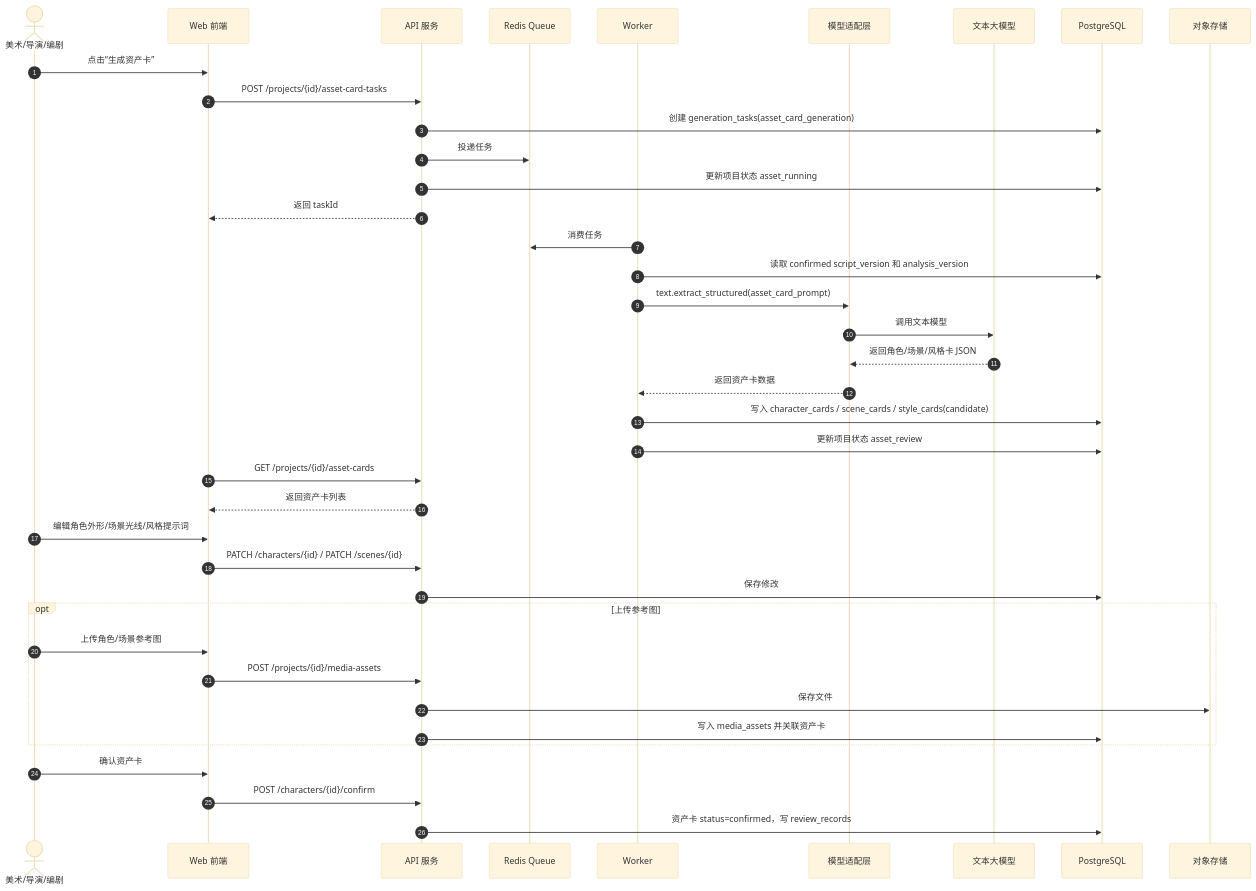
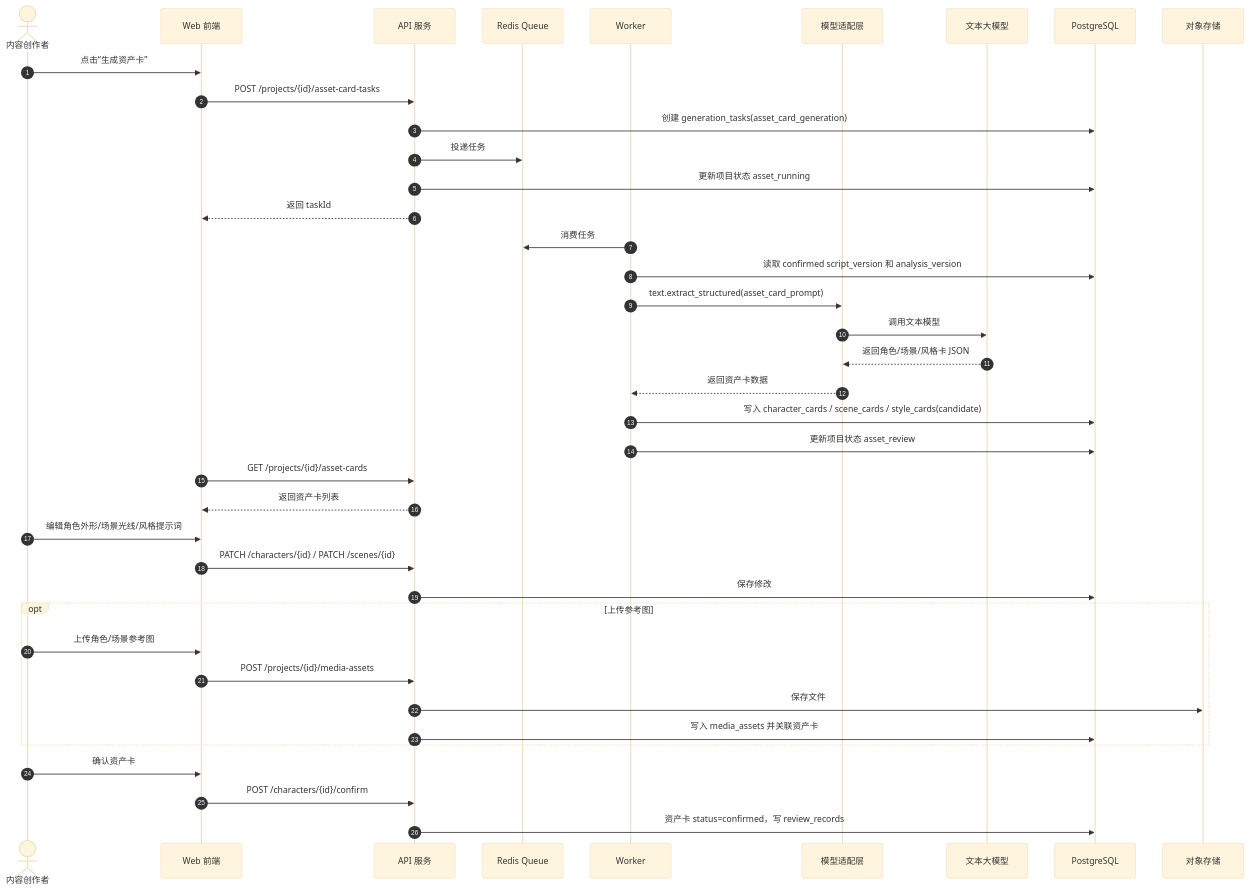
Diagram 16 of 21 in docs/10-C4模型流程图架构图时序图.md (pleasureswx123/cine-forge), drawn with Mermaid (base theme) before and after one commit. The commit also changed other lines of this file and 20 other files, not shown here.

````diff
--- a/docs/10-C4模型流程图架构图时序图.md
+++ b/docs/10-C4模型流程图架构图时序图.md
@@ -622,46 +620,46 @@
 ```mermaid
 sequenceDiagram
     autonumber
-    actor User as 美术/导演/编剧
+    actor User as 内容创作者
     participant Web as Web 前端
     participant API as API 服务
     participant Queue as Redis Queue
     participant Worker as Worker
     participant Adapter as 模型适配层
     participant LLM as 文本大模型
     participant DB as PostgreSQL
     participant Storage as 对象存储
 
     User->>Web: 点击“生成资产卡”
     Web->>API: POST /projects/{id}/asset-card-tasks
     API->>DB: 创建 generation_tasks(asset_card_generation)
     API->>Queue: 投递任务
     API->>DB: 更新项目状态 asset_running
     API-->>Web: 返回 taskId
 
     Worker->>Queue: 消费任务
     Worker->>DB: 读取 confirmed script_version 和 analysis_version
     Worker->>Adapter: text.extract_structured(asset_card_prompt)
     Adapter->>LLM: 调用文本模型
     LLM-->>Adapter: 返回角色/场景/风格卡 JSON
     Adapter-->>Worker: 返回资产卡数据
     Worker->>DB: 写入 character_cards / scene_cards / style_cards(candidate)
     Worker->>DB: 更新项目状态 asset_review
 
     Web->>API: GET /projects/{id}/asset-cards
     API-->>Web: 返回资产卡列表
     User->>Web: 编辑角色外形/场景光线/风格提示词
     Web->>API: PATCH /characters/{id} / PATCH /scenes/{id}
     API->>DB: 保存修改
 
     opt 上传参考图
         User->>Web: 上传角色/场景参考图
         Web->>API: POST /projects/{id}/media-assets
         API->>Storage: 保存文件
         API->>DB: 写入 media_assets 并关联资产卡
     end
 
     User->>Web: 确认资产卡
     Web->>API: POST /characters/{id}/confirm
     API->>DB: 资产卡 status=confirmed，写 review_records
 ```
````
